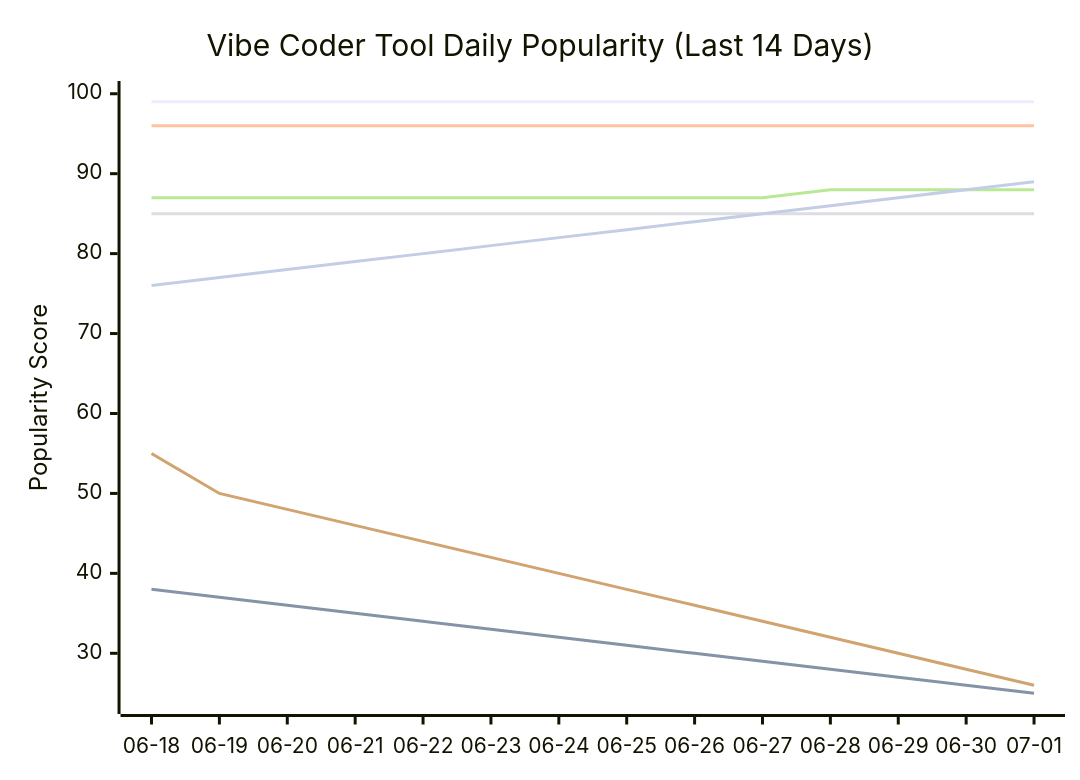
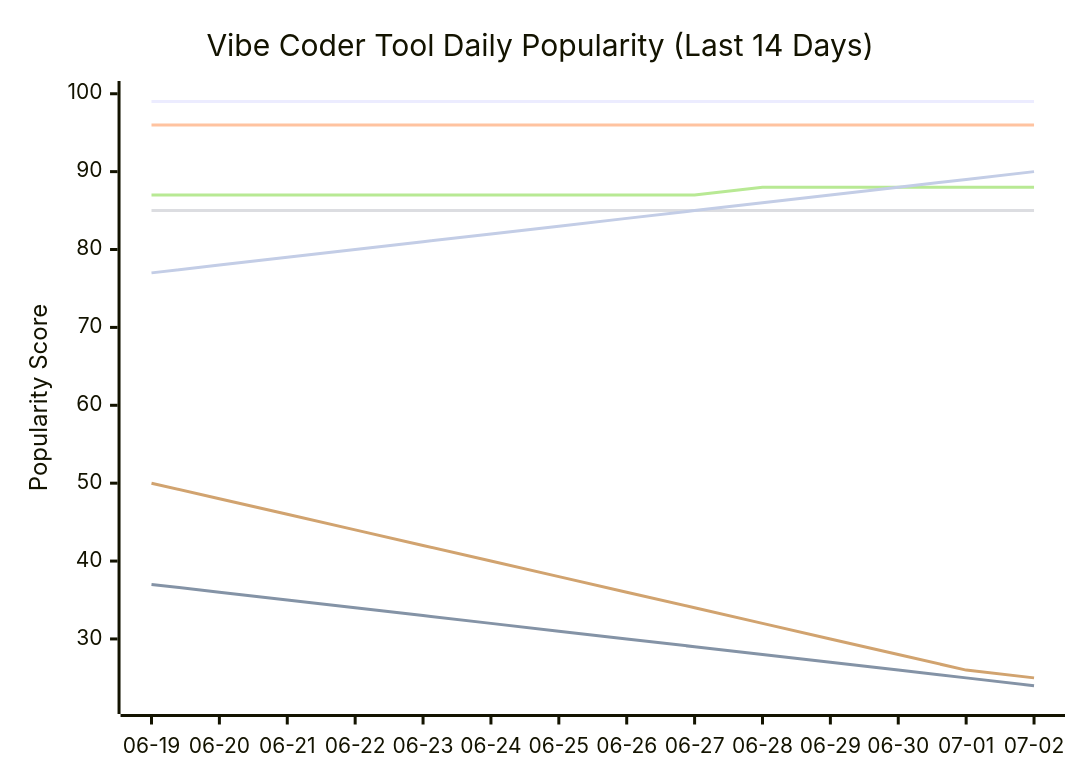
The seventh of 11 diagrams in README.md (tykimos/ai-whatchelin), drawn with Mermaid before and after one commit. The commit also changed other lines of this file and 4 other files, not shown here.

````diff
--- a/README.md
+++ b/README.md
@@ -1793,13 +1804,13 @@
 ```mermaid
 xychart-beta
     title "Vibe Coder Tool Daily Popularity (Last 14 Days)"
-    x-axis ["06-18", "06-19", "06-20", "06-21", "06-22", "06-23", "06-24", "06-25", "06-26", "06-27", "06-28", "06-29", "06-30", "07-01"]
-    y-axis "Popularity Score" 24 --> 100
+    x-axis ["06-19", "06-20", "06-21", "06-22", "06-23", "06-24", "06-25", "06-26", "06-27", "06-28", "06-29", "06-30", "07-01", "07-02"]
+    y-axis "Popularity Score" 22 --> 100
     line "Claude Code" [99, 99, 99, 99, 99, 99, 99, 99, 99, 99, 99, 99, 99, 99]
-    line "GH Copilot" [38, 37, 36, 35, 34, 33, 32, 31, 30, 29, 28, 27, 26, 25]
+    line "GH Copilot" [37, 36, 35, 34, 33, 32, 31, 30, 29, 28, 27, 26, 25, 24]
     line "Cursor" [96, 96, 96, 96, 96, 96, 96, 96, 96, 96, 96, 96, 96, 96]
     line "Windsurf" [85, 85, 85, 85, 85, 85, 85, 85, 85, 85, 85, 85, 85, 85]
-    line "Codex CLI" [87, 87, 87, 87, 87, 87, 87, 87, 87, 87, 88, 88, 88, 88]
-    line "Gemini CLI" [55, 50, 48, 46, 44, 42, 40, 38, 36, 34, 32, 30, 28, 26]
-    line "Antigravity" [76, 77, 78, 79, 80, 81, 82, 83, 84, 85, 86, 87, 88, 89]
+    line "Codex CLI" [87, 87, 87, 87, 87, 87, 87, 87, 87, 88, 88, 88, 88, 88]
+    line "Gemini CLI" [50, 48, 46, 44, 42, 40, 38, 36, 34, 32, 30, 28, 26, 25]
+    line "Antigravity" [77, 78, 79, 80, 81, 82, 83, 84, 85, 86, 87, 88, 89, 90]
 ```
````
